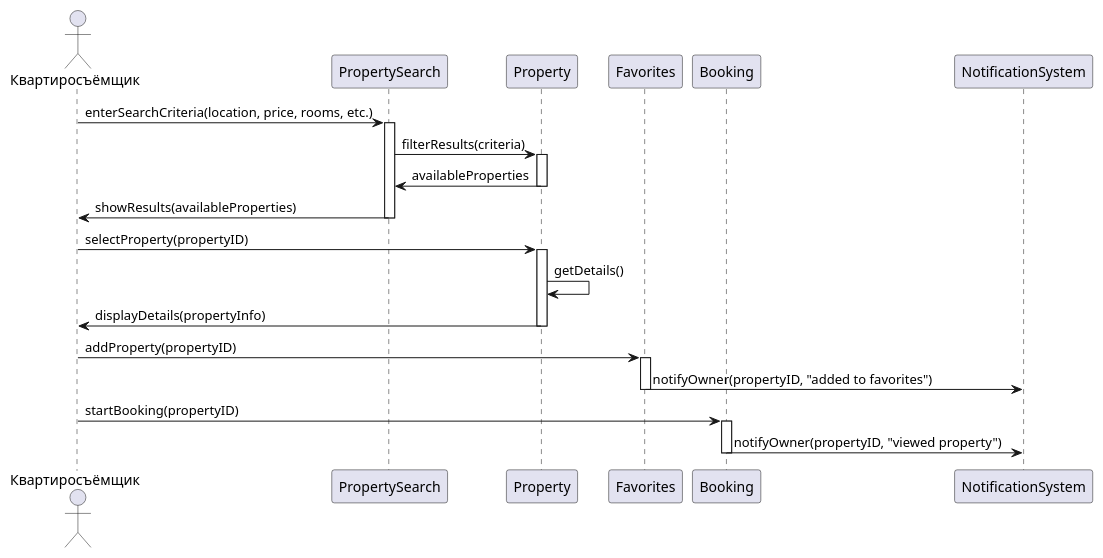
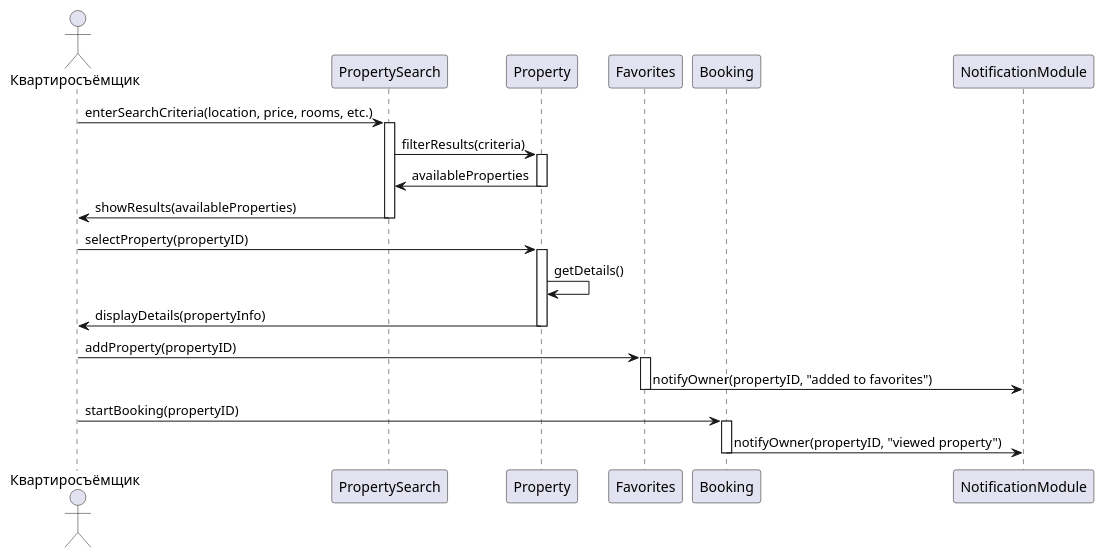
One commit to penamarth/bsbo-01-22_team4_var8 changed the diagram in precedents/HousingSelection/DiagramOfTheSequenceOfHousingSelection.md. Above: the diagram before and after it, drawn with PlantUML.

Commit message:
change digram of the sequance

````diff
--- a/precedents/HousingSelection/DiagramOfTheSequenceOfHousingSelection.md
+++ b/precedents/HousingSelection/DiagramOfTheSequenceOfHousingSelection.md
@@ -2,36 +2,36 @@
 ```plantuml
 @startuml
 
 actor Квартиросъёмщик
 participant PropertySearch
 participant Property
 participant Favorites
 participant Booking
-participant NotificationSystem
+participant NotificationModule
 
 Квартиросъёмщик -> PropertySearch : enterSearchCriteria(location, price, rooms, etc.)
 activate PropertySearch
 PropertySearch -> Property : filterResults(criteria)
 activate Property
 Property -> PropertySearch : availableProperties
 deactivate Property
 Квартиросъёмщик <- PropertySearch : showResults(availableProperties)
 deactivate PropertySearch
 
 Квартиросъёмщик -> Property : selectProperty(propertyID)
 activate Property
 Property -> Property : getDetails()
 Квартиросъёмщик <- Property : displayDetails(propertyInfo)
 deactivate Property
 
 Квартиросъёмщик -> Favorites : addProperty(propertyID)
 activate Favorites
-Favorites -> NotificationSystem : notifyOwner(propertyID, "added to favorites")
+Favorites -> NotificationModule : notifyOwner(propertyID, "added to favorites")
 deactivate Favorites
 Квартиросъёмщик -> Booking : startBooking(propertyID)
 activate Booking
-Booking -> NotificationSystem : notifyOwner(propertyID, "viewed property")
+Booking -> NotificationModule : notifyOwner(propertyID, "viewed property")
 deactivate Booking
 
 @enduml
 ```
````
